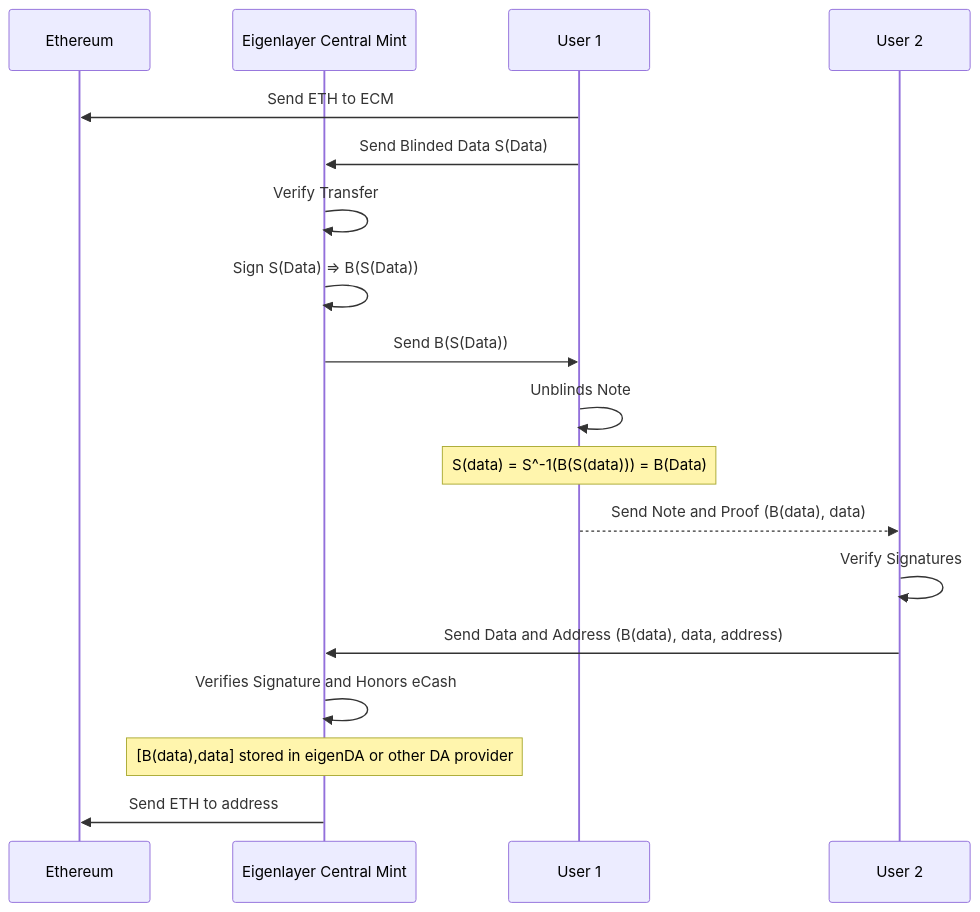
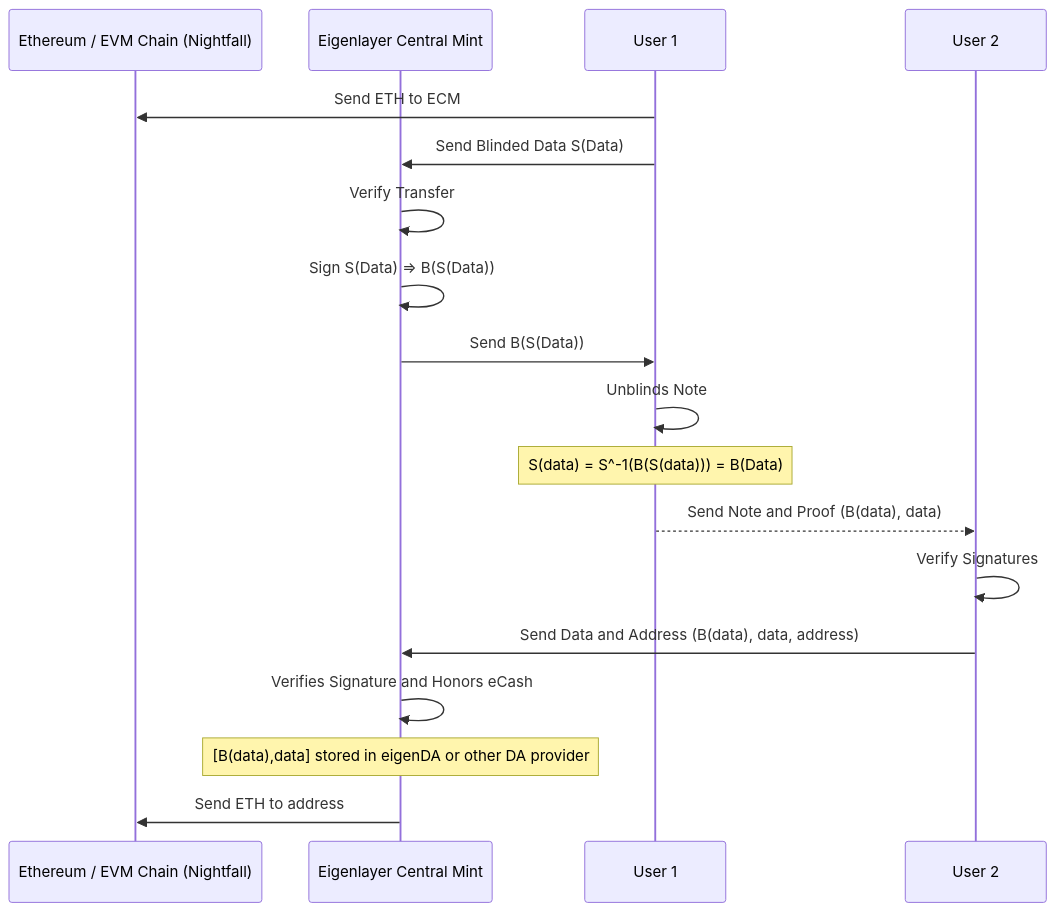
Before and after one commit to tian000/cash-me-off-chain: the diagram in EYChallenge.md, drawn with Mermaid. The commit also changed other lines of this file, not shown here.

````diff
--- a/EYChallenge.md
+++ b/EYChallenge.md
@@ -40,25 +42,25 @@
 ```mermaid
 sequenceDiagram
-    participant ETH as Ethereum
+    participant ETH as Ethereum / EVM Chain (Nightfall)
     participant ECM as Eigenlayer Central Mint
     participant User1 as User 1
     participant User2 as User 2
 
     User1->>ETH: Send ETH to ECM
     User1->>ECM: Send Blinded Data S(Data)
     ECM->>ECM: Verify Transfer
 
     ECM->>ECM: Sign S(Data) => B(S(Data))
     ECM->>User1: Send B(S(Data))
     User1->>User1: Unblinds Note
     Note over User1: S(data) = S^-1(B(S(data))) = B(Data)
 
     User1-->>User2: Send Note and Proof (B(data), data)
     User2->>User2: Verify Signatures
 
     User2->>ECM: Send Data and Address (B(data), data, address)
 
     ECM->>ECM: Verifies Signature and Honors eCash
     Note over ECM: [B(data),data] stored in eigenDA or other DA provider
     ECM->>ETH: Send ETH to address
 ```
````
